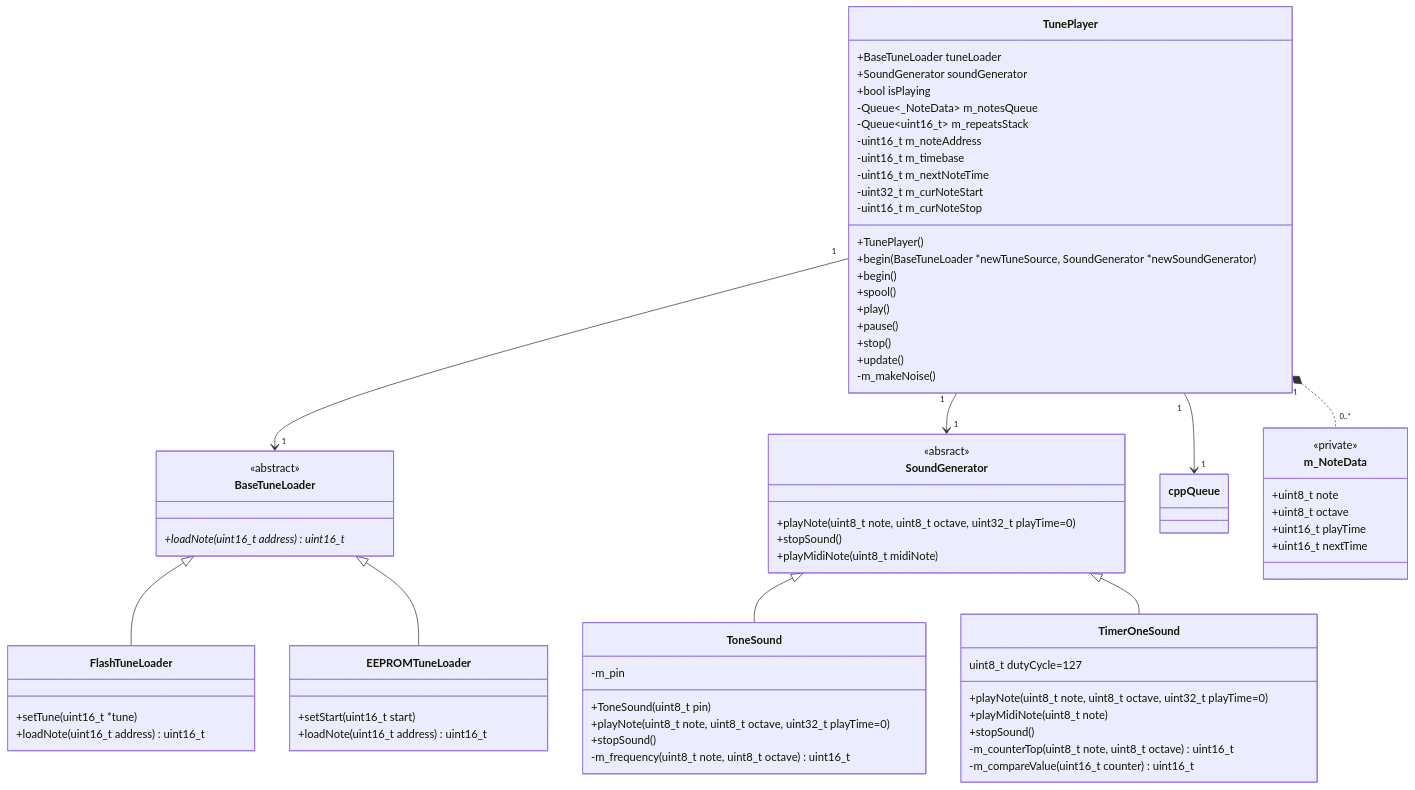
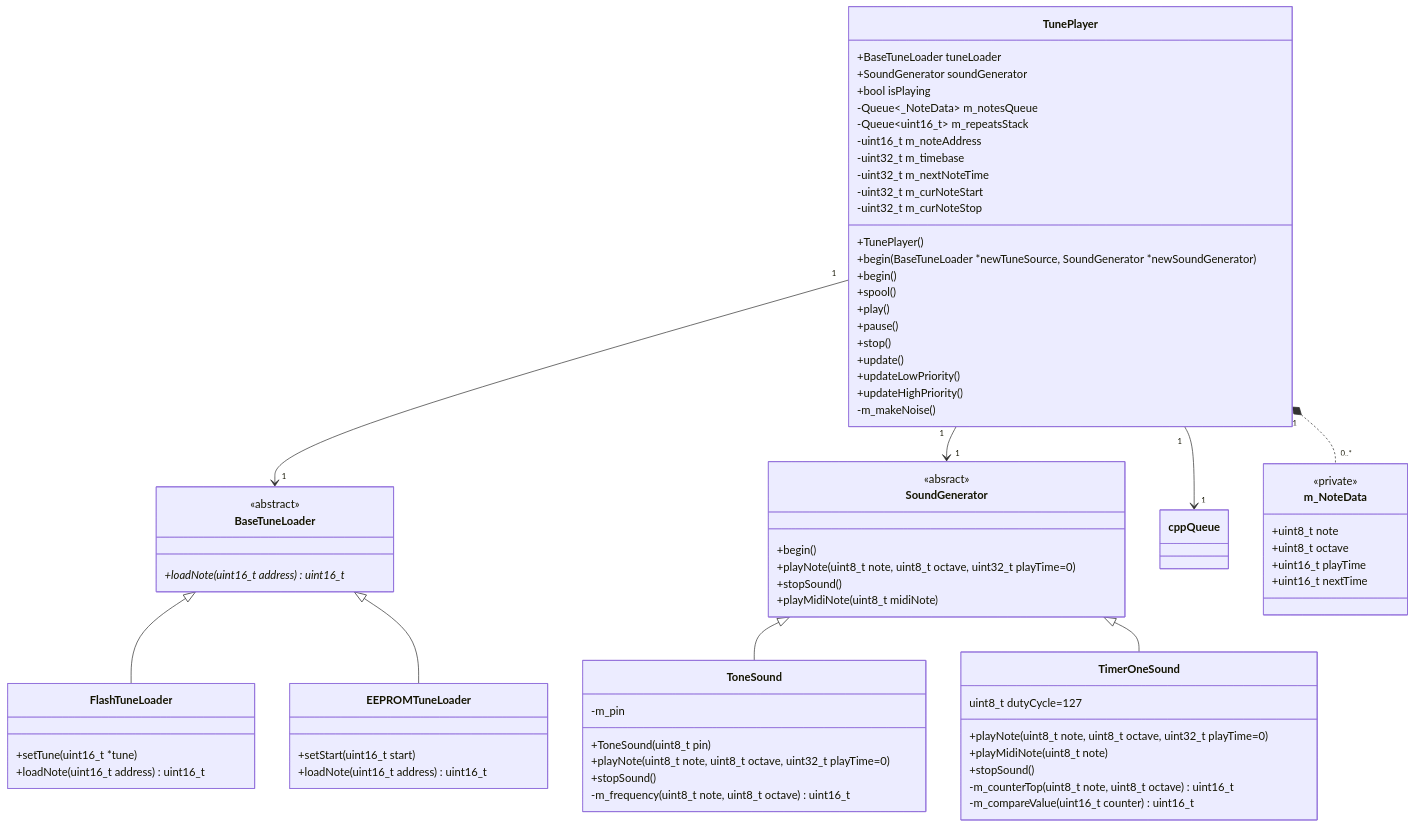
One commit to jgOhYeah/TunePlayer changed the diagram in extras/images/ClassDiagram.mmd. Above: the diagram before and after it, drawn with Mermaid. The commit also changed 8 other files, not shown here.

```diff
--- a/extras/images/ClassDiagram.mmd
+++ b/extras/images/ClassDiagram.mmd
@@ -1,78 +1,81 @@
 classDiagram
     BaseTuneLoader <|-- FlashTuneLoader
     BaseTuneLoader <|-- EEPROMTuneLoader
     SoundGenerator <|-- ToneSound
     SoundGenerator <|-- TimerOneSound
     TunePlayer "1" --> "1" BaseTuneLoader
     TunePlayer "1" --> "1" SoundGenerator
     TunePlayer "1" --> "1" cppQueue
     TunePlayer "1" *.. "0..*" m_NoteData
 
     class BaseTuneLoader {
         <<abstract>>
         +loadNote(uint16_t address)* uint16_t
     }
 
     class FlashTuneLoader {
         +setTune(uint16_t *tune)
         +loadNote(uint16_t address) uint16_t
     }
 
     class EEPROMTuneLoader {
         +setStart(uint16_t start)
         +loadNote(uint16_t address) uint16_t
     }
 
     class SoundGenerator {
         <<absract>>
+        +begin()
         +playNote(uint8_t note, uint8_t octave, uint32_t playTime=0)
         +stopSound()
         +playMidiNote(uint8_t midiNote)
     }
 
     class ToneSound {
         +ToneSound(uint8_t pin)
         +playNote(uint8_t note, uint8_t octave, uint32_t playTime=0)
         +stopSound()
         -m_frequency(uint8_t note, uint8_t octave) uint16_t
         -m_pin
     }
 
     class TimerOneSound {
         uint8_t dutyCycle=127
         +playNote(uint8_t note, uint8_t octave, uint32_t playTime=0)
         +playMidiNote(uint8_t note)
         +stopSound()
         -m_counterTop(uint8_t note, uint8_t octave) uint16_t
         -m_compareValue(uint16_t counter) uint16_t
     }
 
     class TunePlayer {
         +BaseTuneLoader tuneLoader
         +SoundGenerator soundGenerator
         +bool isPlaying
         -Queue~_NoteData~ m_notesQueue
         -Queue~uint16_t~ m_repeatsStack
         -uint16_t m_noteAddress
-        -uint16_t m_timebase
-        -uint16_t m_nextNoteTime
+        -uint32_t m_timebase
+        -uint32_t m_nextNoteTime
         -uint32_t m_curNoteStart
-        -uint16_t m_curNoteStop
+        -uint32_t m_curNoteStop
         +TunePlayer()
         +begin(BaseTuneLoader *newTuneSource, SoundGenerator *newSoundGenerator)
         +begin()
         +spool()
         +play()
         +pause()
         +stop()
         +update()
+        +updateLowPriority()
+        +updateHighPriority()
         -m_makeNoise()
     }
 
     class m_NoteData {
         <<private>>
         +uint8_t note
         +uint8_t octave
         +uint16_t playTime
         +uint16_t nextTime
     }
```
